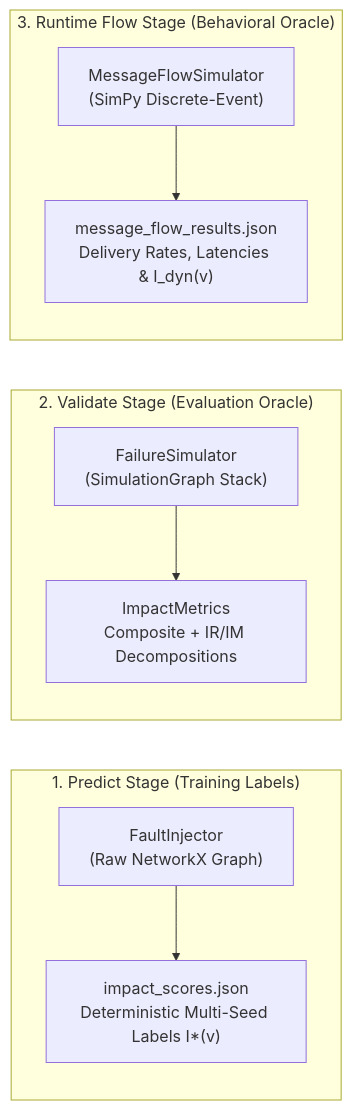
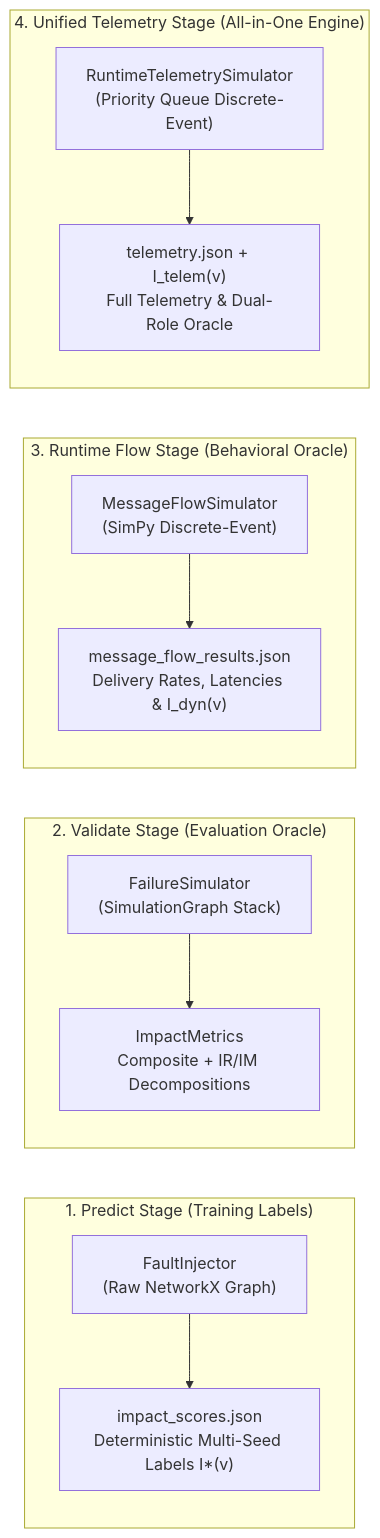
One commit to onuralpyigit/software-as-a-graph changed the second of 5 diagrams in docs/failure-simulation.md. Above: the diagram before and after it, drawn with Mermaid. The commit also changed other lines of this file and 14 other files, not shown here.

First line of the commit message:
feat(telemetry): Implement unified runtime telemetry simulation and impact calculation

````diff
--- a/docs/failure-simulation.md
+++ b/docs/failure-simulation.md
@@ -71,14 +89,18 @@
 ```mermaid
 flowchart LR
     subgraph PredictStage["1. Predict Stage (Training Labels)"]
         FI["FaultInjector<br>(Raw NetworkX Graph)"] --> LBL["impact_scores.json<br>Deterministic Multi-Seed Labels I*(v)"]
     end
 
     subgraph ValidateStage["2. Validate Stage (Evaluation Oracle)"]
         FS["FailureSimulator<br>(SimulationGraph Stack)"] --> ORC["ImpactMetrics<br>Composite + IR/IM Decompositions"]
     end
 
     subgraph DynamicStage["3. Runtime Flow Stage (Behavioral Oracle)"]
         MFS["MessageFlowSimulator<br>(SimPy Discrete-Event)"] --> DYN["message_flow_results.json<br>Delivery Rates, Latencies & I_dyn(v)"]
     end
+
+    subgraph UnifiedStage["4. Unified Telemetry Stage (All-in-One Engine)"]
+        RTS["RuntimeTelemetrySimulator<br>(Priority Queue Discrete-Event)"] --> TELO["telemetry.json + I_telem(v)<br>Full Telemetry & Dual-Role Oracle"]
+    end
 ```
````
